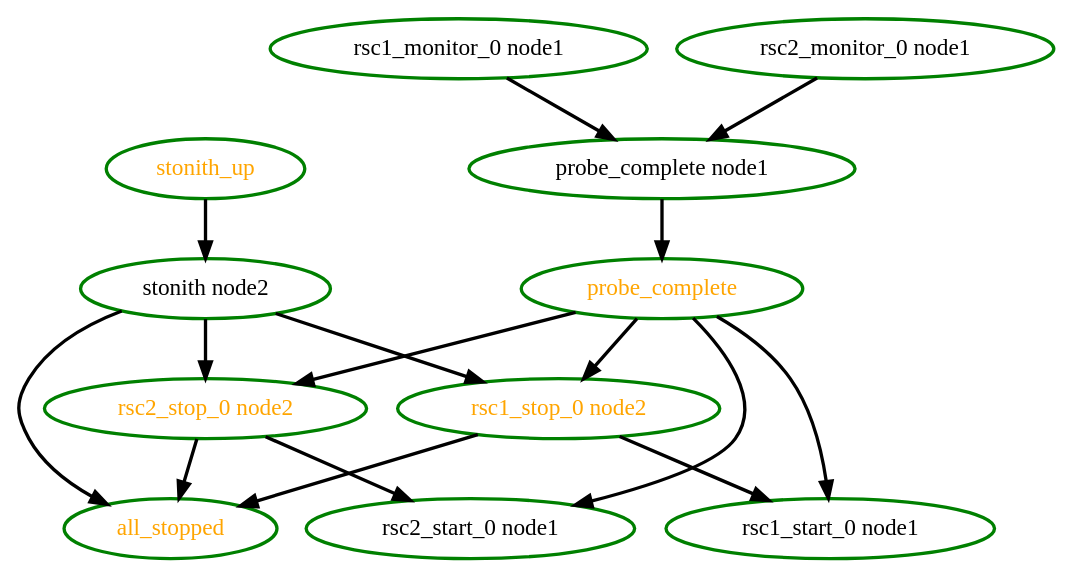
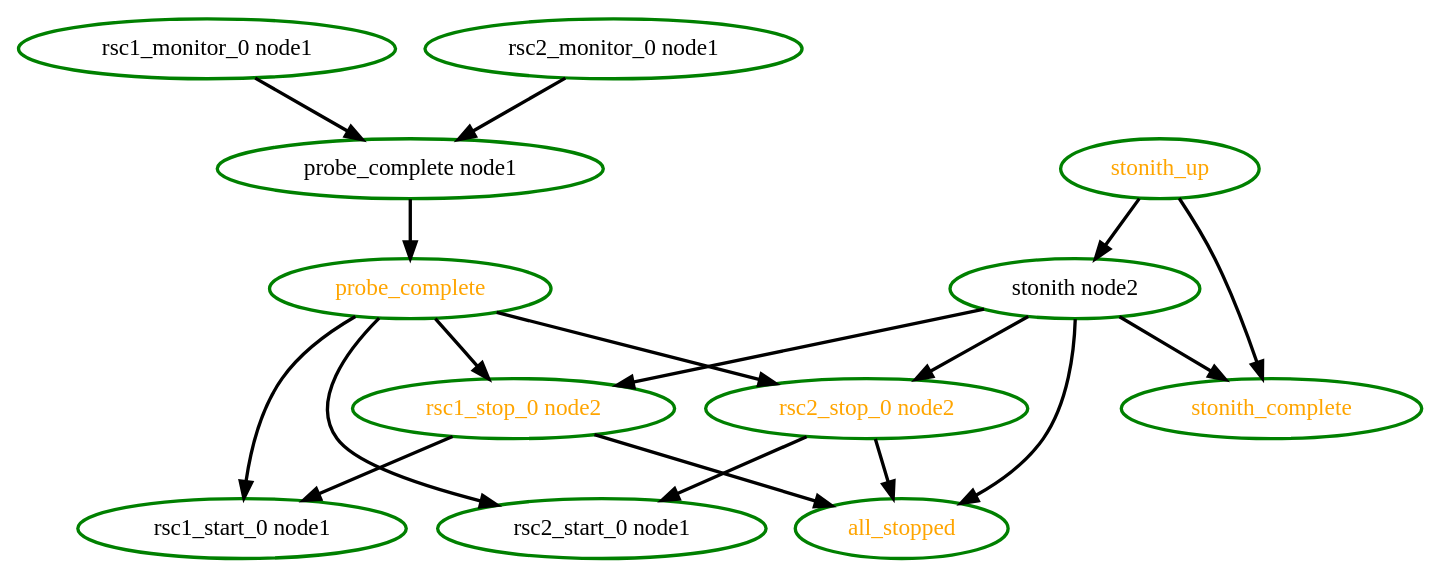
The diagram in pengine/test10/rec-rsc-5.dot (linux-ha-japan/pm_diskd), drawn with Graphviz before and after one commit. The commit also changed 83 other files, not shown here.

Commit message:
Low: PE: Create a stonith-complete pseudo action that actions can depend on

```diff
--- a/pengine/test10/rec-rsc-5.dot
+++ b/pengine/test10/rec-rsc-5.dot
@@ -1,28 +1,31 @@
  digraph "g" {
 "all_stopped" [ style=bold color="green" fontcolor="orange"  ]
 "probe_complete node1" -> "probe_complete" [ style = bold]
 "probe_complete node1" [ style=bold color="green" fontcolor="black" ]
 "probe_complete" -> "rsc1_start_0 node1" [ style = bold]
 "probe_complete" -> "rsc1_stop_0 node2" [ style = bold]
 "probe_complete" -> "rsc2_start_0 node1" [ style = bold]
 "probe_complete" -> "rsc2_stop_0 node2" [ style = bold]
 "probe_complete" [ style=bold color="green" fontcolor="orange" ]
 "rsc1_monitor_0 node1" -> "probe_complete node1" [ style = bold]
 "rsc1_monitor_0 node1" [ style=bold color="green" fontcolor="black" ]
 "rsc1_start_0 node1" [ style=bold color="green" fontcolor="black" ]
 "rsc1_stop_0 node2" -> "all_stopped" [ style = bold]
 "rsc1_stop_0 node2" -> "rsc1_start_0 node1" [ style = bold]
 "rsc1_stop_0 node2" [ style=bold color="green" fontcolor="orange" ]
 "rsc2_monitor_0 node1" -> "probe_complete node1" [ style = bold]
 "rsc2_monitor_0 node1" [ style=bold color="green" fontcolor="black" ]
 "rsc2_start_0 node1" [ style=bold color="green" fontcolor="black" ]
 "rsc2_stop_0 node2" -> "all_stopped" [ style = bold]
 "rsc2_stop_0 node2" -> "rsc2_start_0 node1" [ style = bold]
 "rsc2_stop_0 node2" [ style=bold color="green" fontcolor="orange"  ]
 "stonith node2" -> "all_stopped" [ style = bold]
 "stonith node2" -> "rsc1_stop_0 node2" [ style = bold]
 "stonith node2" -> "rsc2_stop_0 node2" [ style = bold]
+"stonith node2" -> "stonith_complete" [ style = bold]
 "stonith node2" [ style=bold color="green" fontcolor="black" ]
+"stonith_complete" [ style=bold color="green" fontcolor="orange"  ]
 "stonith_up" -> "stonith node2" [ style = bold]
+"stonith_up" -> "stonith_complete" [ style = bold]
 "stonith_up" [ style=bold color="green" fontcolor="orange"  ]
 }
```
